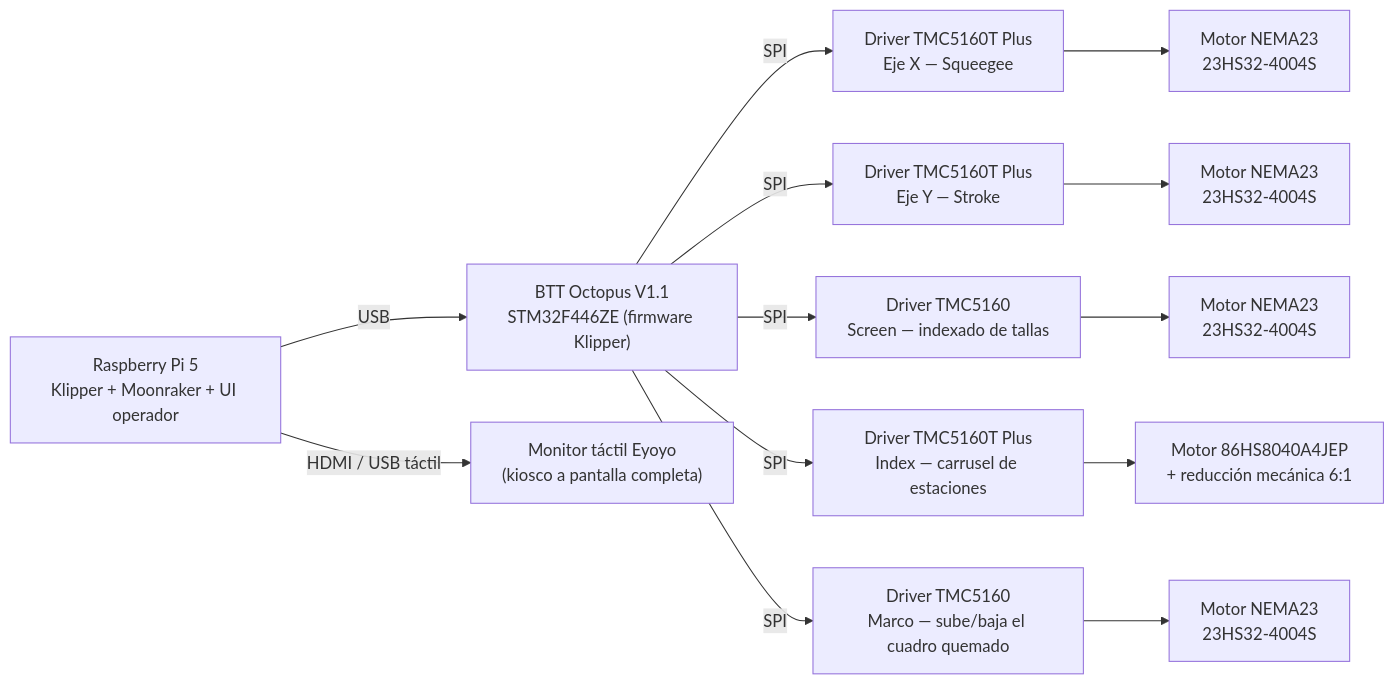
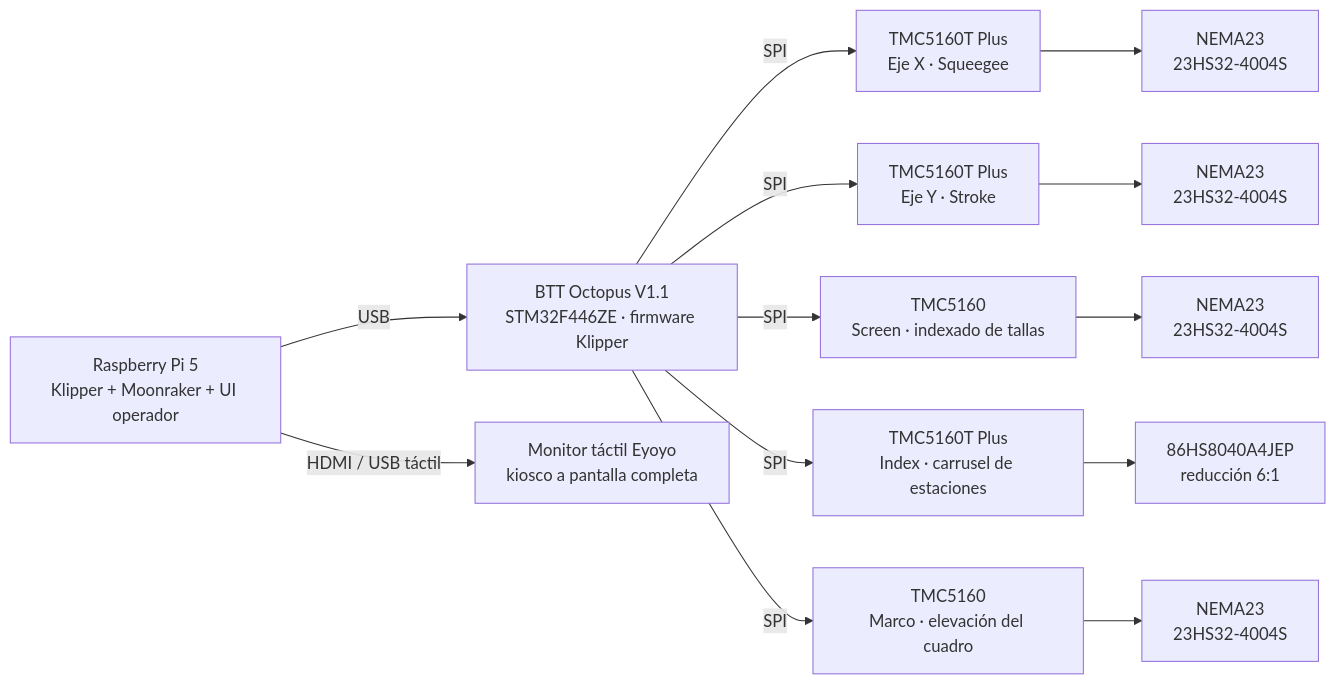
One commit to erwin620/LP1-corexy-codigo changed the diagram in README.es.md. Above: the diagram before and after it, drawn with Mermaid. The commit also changed other lines of this file and 2 other files, not shown here.

````diff
--- a/README.es.md
+++ b/README.es.md
@@ -9,17 +20,17 @@
 ```mermaid
 flowchart LR
-    Pi["Raspberry Pi 5<br/>Klipper + Moonraker + UI operador"] -- USB --> Octopus["BTT Octopus V1.1<br/>STM32F446ZE (firmware Klipper)"]
-    Pi -- HDMI / USB táctil --> Monitor["Monitor táctil Eyoyo<br/>(kiosco a pantalla completa)"]
+    Pi["Raspberry Pi 5<br/>Klipper + Moonraker + UI operador"] -- USB --> Octopus["BTT Octopus V1.1<br/>STM32F446ZE · firmware Klipper"]
+    Pi -- HDMI / USB táctil --> Monitor["Monitor táctil Eyoyo<br/>kiosco a pantalla completa"]
 
-    Octopus -- SPI --> DX["Driver TMC5160T Plus<br/>Eje X — Squeegee"]
-    Octopus -- SPI --> DY["Driver TMC5160T Plus<br/>Eje Y — Stroke"]
-    Octopus -- SPI --> DS["Driver TMC5160<br/>Screen — indexado de tallas"]
-    Octopus -- SPI --> DI["Driver TMC5160T Plus<br/>Index — carrusel de estaciones"]
-    Octopus -- SPI --> DM["Driver TMC5160<br/>Marco — sube/baja el cuadro quemado"]
+    Octopus -- SPI --> DX["TMC5160T Plus<br/>Eje X · Squeegee"]
+    Octopus -- SPI --> DY["TMC5160T Plus<br/>Eje Y · Stroke"]
+    Octopus -- SPI --> DS["TMC5160<br/>Screen · indexado de tallas"]
+    Octopus -- SPI --> DI["TMC5160T Plus<br/>Index · carrusel de estaciones"]
+    Octopus -- SPI --> DM["TMC5160<br/>Marco · elevación del cuadro"]
 
-    DX --> MX["Motor NEMA23<br/>23HS32-4004S"]
-    DY --> MY["Motor NEMA23<br/>23HS32-4004S"]
-    DS --> MS["Motor NEMA23<br/>23HS32-4004S"]
-    DI --> MI["Motor 86HS8040A4JEP<br/>+ reducción mecánica 6:1"]
-    DM --> MM["Motor NEMA23<br/>23HS32-4004S"]
+    DX --> MX["NEMA23<br/>23HS32-4004S"]
+    DY --> MY["NEMA23<br/>23HS32-4004S"]
+    DS --> MS["NEMA23<br/>23HS32-4004S"]
+    DI --> MI["86HS8040A4JEP<br/>reducción 6:1"]
+    DM --> MM["NEMA23<br/>23HS32-4004S"]
 ```
````
